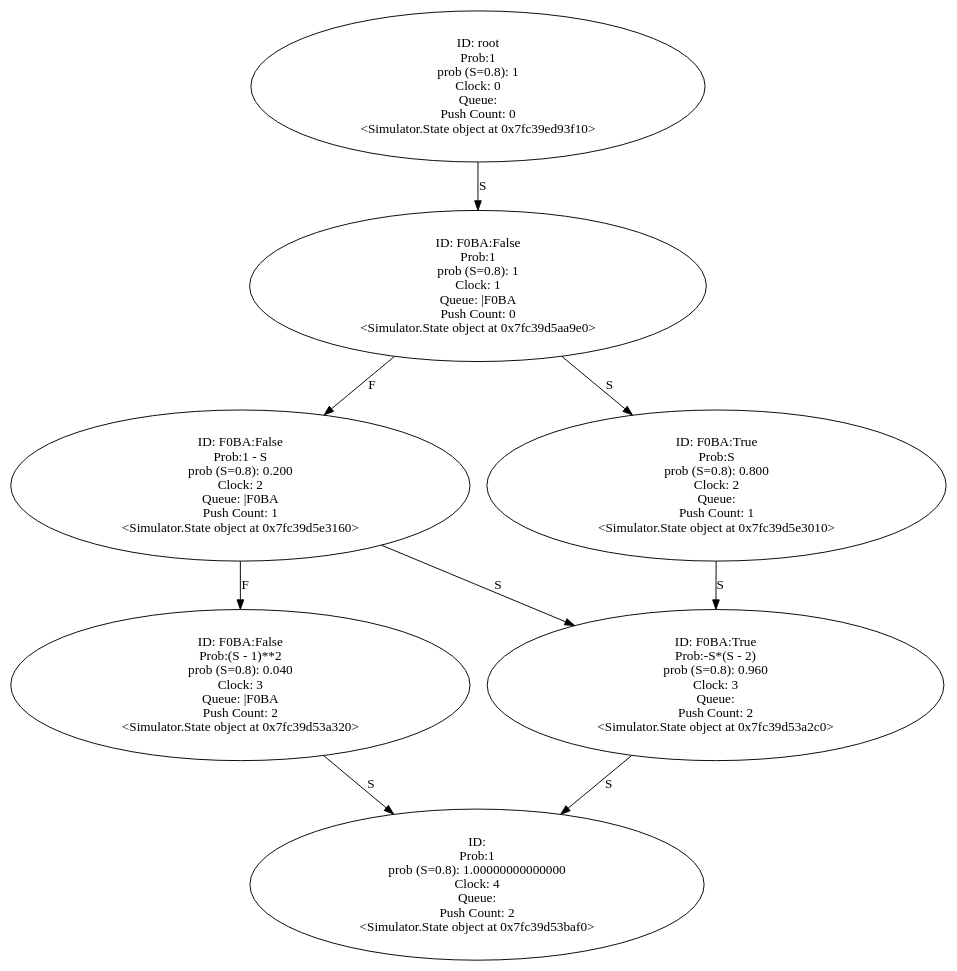
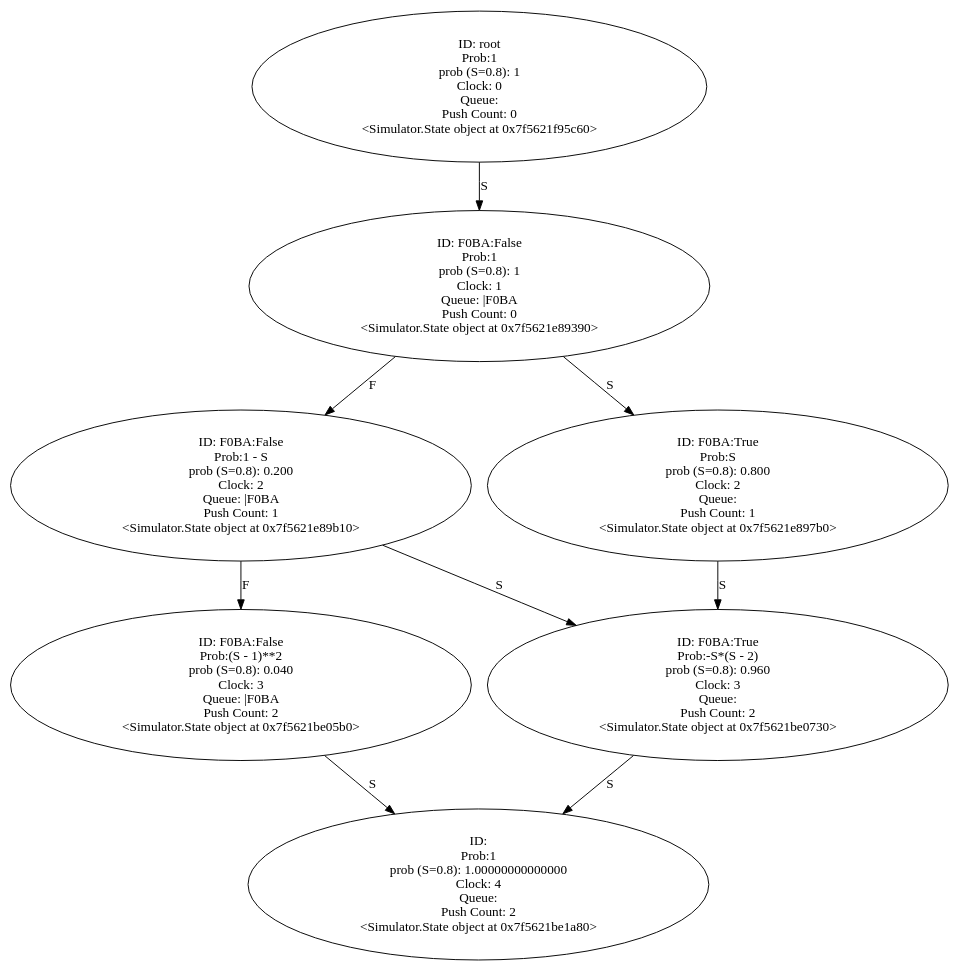
Before and after one commit to YasinBoloorchi/WARP-Simulator: the diagram in Output/two_pulls.wrp.gv, drawn with Graphviz. The commit also changed 72 other files, not shown here.

Commit message:
Added conditional pull in step five and fixed flow_name bug

```diff
--- a/Output/two_pulls.wrp.gv
+++ b/Output/two_pulls.wrp.gv
@@ -1,59 +1,59 @@
 digraph "./Output/two_pulls.wrp" {
-	<Simulator.State object at 0x7fc39ed93f10> [label="ID: root
+	<Simulator.State object at 0x7f5621f95c60> [label="ID: root
 Prob:1
 prob (S=0.8): 1
 Clock: 0
 Queue: 
 Push Count: 0
-<Simulator.State object at 0x7fc39ed93f10>"]
-	<Simulator.State object at 0x7fc39ed93f10> -> <Simulator.State object at 0x7fc39d5aa9e0> [label=S]
-	<Simulator.State object at 0x7fc39d5aa9e0> [label="ID: F0BA:False
+<Simulator.State object at 0x7f5621f95c60>"]
+	<Simulator.State object at 0x7f5621f95c60> -> <Simulator.State object at 0x7f5621e89390> [label=S]
+	<Simulator.State object at 0x7f5621e89390> [label="ID: F0BA:False
 Prob:1
 prob (S=0.8): 1
 Clock: 1
 Queue: |F0BA
 Push Count: 0
-<Simulator.State object at 0x7fc39d5aa9e0>"]
-	<Simulator.State object at 0x7fc39d5aa9e0> -> <Simulator.State object at 0x7fc39d5e3160> [label=F]
-	<Simulator.State object at 0x7fc39d5aa9e0> -> <Simulator.State object at 0x7fc39d5e3010> [label=S]
-	<Simulator.State object at 0x7fc39d5e3160> [label="ID: F0BA:False
+<Simulator.State object at 0x7f5621e89390>"]
+	<Simulator.State object at 0x7f5621e89390> -> <Simulator.State object at 0x7f5621e89b10> [label=F]
+	<Simulator.State object at 0x7f5621e89390> -> <Simulator.State object at 0x7f5621e897b0> [label=S]
+	<Simulator.State object at 0x7f5621e89b10> [label="ID: F0BA:False
 Prob:1 - S
 prob (S=0.8): 0.200
 Clock: 2
 Queue: |F0BA
 Push Count: 1
-<Simulator.State object at 0x7fc39d5e3160>"]
-	<Simulator.State object at 0x7fc39d5e3160> -> <Simulator.State object at 0x7fc39d53a320> [label=F]
-	<Simulator.State object at 0x7fc39d5e3160> -> <Simulator.State object at 0x7fc39d53a2c0> [label=S]
-	<Simulator.State object at 0x7fc39d5e3010> [label="ID: F0BA:True
+<Simulator.State object at 0x7f5621e89b10>"]
+	<Simulator.State object at 0x7f5621e89b10> -> <Simulator.State object at 0x7f5621be05b0> [label=F]
+	<Simulator.State object at 0x7f5621e89b10> -> <Simulator.State object at 0x7f5621be0730> [label=S]
+	<Simulator.State object at 0x7f5621e897b0> [label="ID: F0BA:True
 Prob:S
 prob (S=0.8): 0.800
 Clock: 2
 Queue: 
 Push Count: 1
-<Simulator.State object at 0x7fc39d5e3010>"]
-	<Simulator.State object at 0x7fc39d5e3010> -> <Simulator.State object at 0x7fc39d53a2c0> [label=S]
-	<Simulator.State object at 0x7fc39d53a320> [label="ID: F0BA:False
+<Simulator.State object at 0x7f5621e897b0>"]
+	<Simulator.State object at 0x7f5621e897b0> -> <Simulator.State object at 0x7f5621be0730> [label=S]
+	<Simulator.State object at 0x7f5621be05b0> [label="ID: F0BA:False
 Prob:(S - 1)**2
 prob (S=0.8): 0.040
 Clock: 3
 Queue: |F0BA
 Push Count: 2
-<Simulator.State object at 0x7fc39d53a320>"]
-	<Simulator.State object at 0x7fc39d53a320> -> <Simulator.State object at 0x7fc39d53baf0> [label=S]
-	<Simulator.State object at 0x7fc39d53a2c0> [label="ID: F0BA:True
+<Simulator.State object at 0x7f5621be05b0>"]
+	<Simulator.State object at 0x7f5621be05b0> -> <Simulator.State object at 0x7f5621be1a80> [label=S]
+	<Simulator.State object at 0x7f5621be0730> [label="ID: F0BA:True
 Prob:-S*(S - 2)
 prob (S=0.8): 0.960
 Clock: 3
 Queue: 
 Push Count: 2
-<Simulator.State object at 0x7fc39d53a2c0>"]
-	<Simulator.State object at 0x7fc39d53a2c0> -> <Simulator.State object at 0x7fc39d53baf0> [label=S]
-	<Simulator.State object at 0x7fc39d53baf0> [label="ID: 
+<Simulator.State object at 0x7f5621be0730>"]
+	<Simulator.State object at 0x7f5621be0730> -> <Simulator.State object at 0x7f5621be1a80> [label=S]
+	<Simulator.State object at 0x7f5621be1a80> [label="ID: 
 Prob:1
 prob (S=0.8): 1.00000000000000
 Clock: 4
 Queue: 
 Push Count: 2
-<Simulator.State object at 0x7fc39d53baf0>"]
+<Simulator.State object at 0x7f5621be1a80>"]
 }
```
